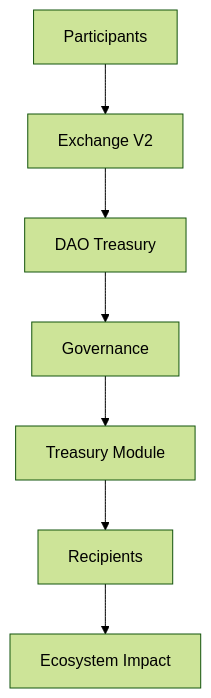
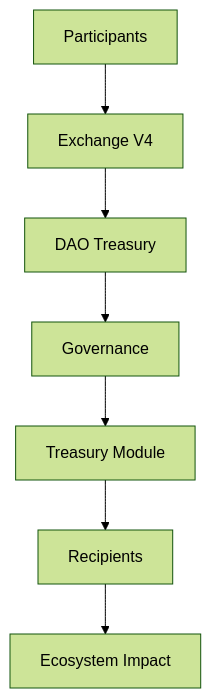
One commit to LaborCoinCreator/LaborCoin changed the ninth of 23 diagrams in docs/whitepaper.md. Above: the diagram before and after it, drawn with Mermaid (forest theme). The commit also changed other lines of this file, not shown here.

````diff
--- a/docs/whitepaper.md
+++ b/docs/whitepaper.md
@@ -6107,21 +6107,21 @@
 ```mermaid
 graph TD
 
 Participants[Participants]
---> Exchange[Exchange V2]
+--> Exchange[Exchange V4]
 
 Exchange
 --> Treasury[DAO Treasury]
 
 Treasury
 --> Governance[Governance]
 
 Governance
 --> Module[Treasury Module]
 
 Module
 --> Recipients[Recipients]
 
 Recipients
 --> Ecosystem[Ecosystem Impact]
 ```
````
